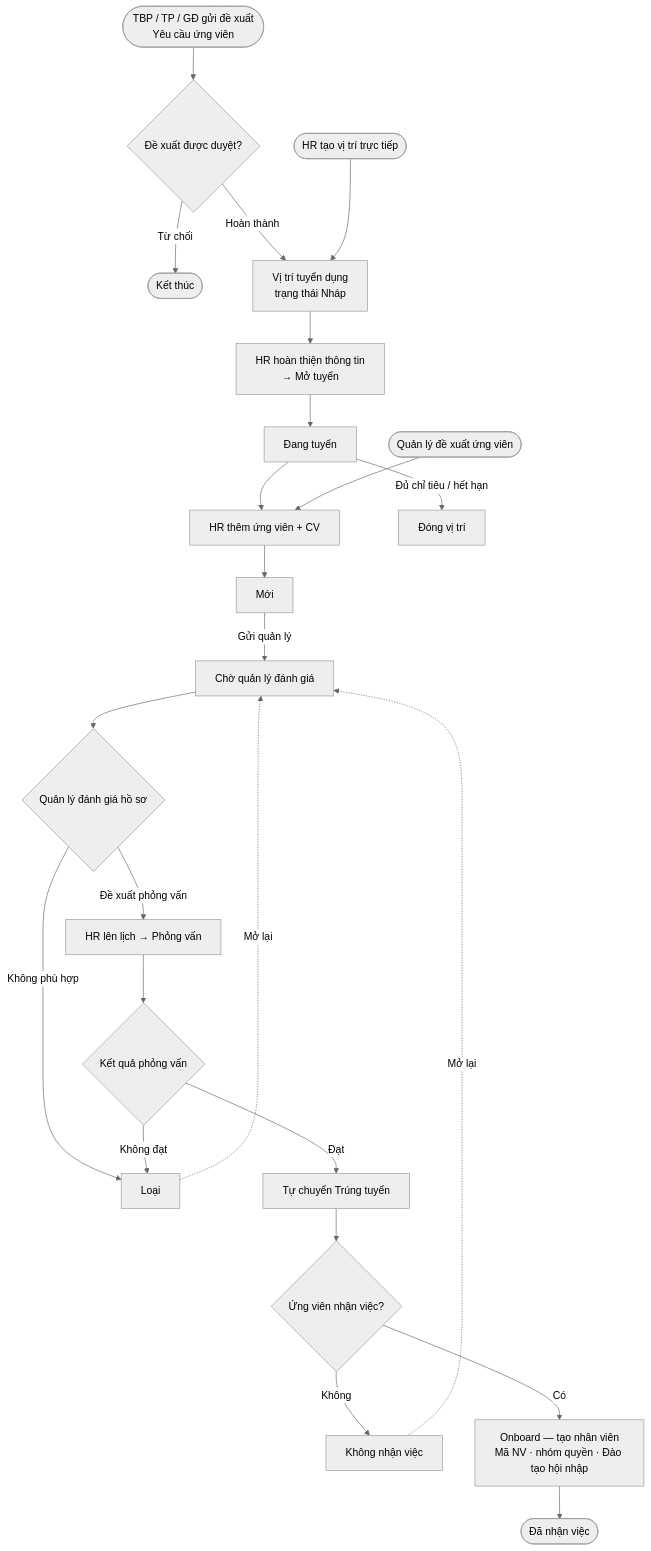
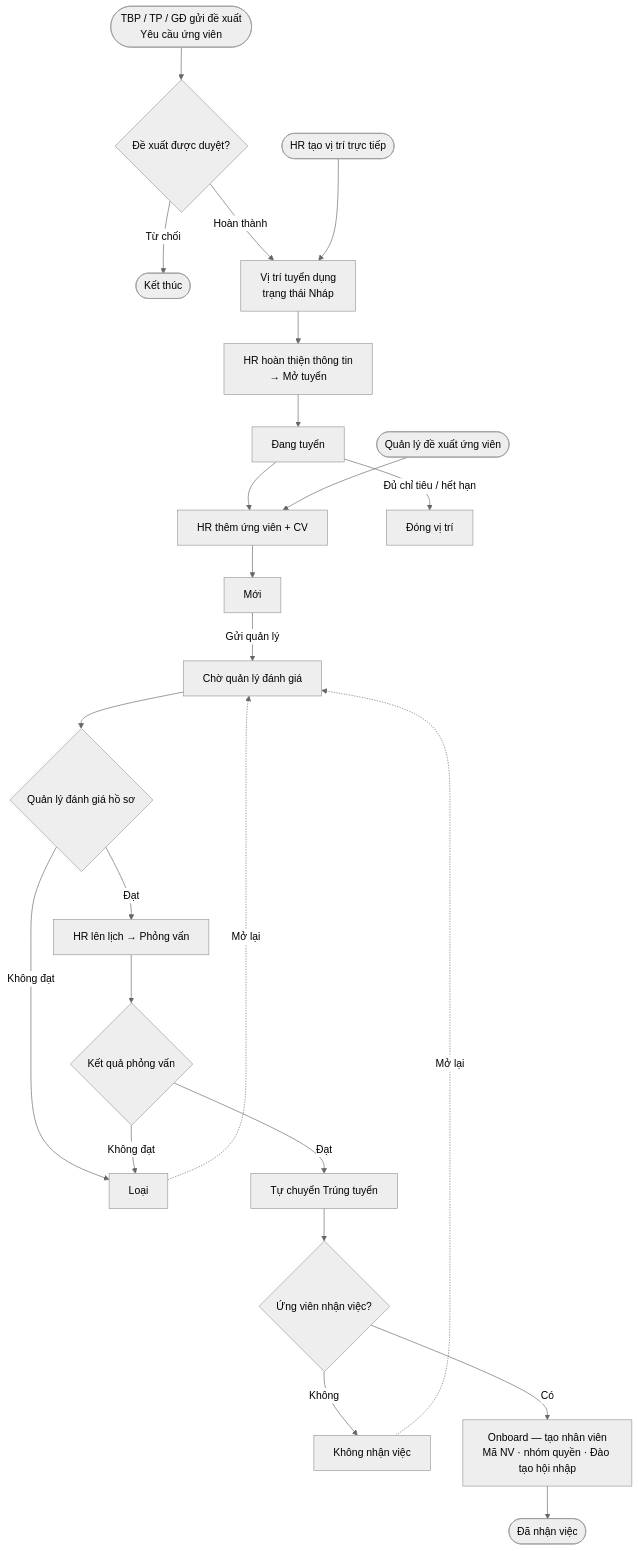
Before and after one commit to trieuvuong262/examHMBP: the first of 3 diagrams in docs/tuyen_dung/HUONG_DAN_TUYEN_DUNG.md, drawn with Mermaid (neutral theme). The commit also changed other lines of this file and 10 other files, not shown here.

````diff
--- a/docs/tuyen_dung/HUONG_DAN_TUYEN_DUNG.md
+++ b/docs/tuyen_dung/HUONG_DAN_TUYEN_DUNG.md
@@ -135,26 +135,26 @@
 ```mermaid
 flowchart TD
     A([TBP / TP / GĐ gửi đề xuất<br/>Yêu cầu ứng viên]) --> B{Đề xuất được duyệt?}
     B -- Từ chối --> Z([Kết thúc])
     B -- Hoàn thành --> C[Vị trí tuyển dụng<br/>trạng thái Nháp]
     H0([HR tạo vị trí trực tiếp]) --> C
     C --> D[HR hoàn thiện thông tin<br/>→ Mở tuyển]
     D --> E[Đang tuyển]
     E --> F[HR thêm ứng viên + CV]
     Q([Quản lý đề xuất ứng viên]) --> F
     F --> G[Mới]
     G -- Gửi quản lý --> R[Chờ quản lý đánh giá]
     R --> S{Quản lý đánh giá hồ sơ}
-    S -- Đề xuất phỏng vấn --> T[HR lên lịch → Phỏng vấn]
-    S -- Không phù hợp --> L[Loại]
+    S -- Đạt --> T[HR lên lịch → Phỏng vấn]
+    S -- Không đạt --> L[Loại]
     T --> U{Kết quả phỏng vấn}
     U -- Không đạt --> L
     U -- Đạt --> V[Tự chuyển Trúng tuyển]
     V --> W{Ứng viên nhận việc?}
     W -- Không --> N[Không nhận việc]
     W -- Có --> O[Onboard — tạo nhân viên<br/>Mã NV · nhóm quyền · Đào tạo hội nhập]
     O --> P([Đã nhận việc])
     L -. Mở lại .-> R
     N -. Mở lại .-> R
     E -- Đủ chỉ tiêu / hết hạn --> X[Đóng vị trí]
 ```
````
